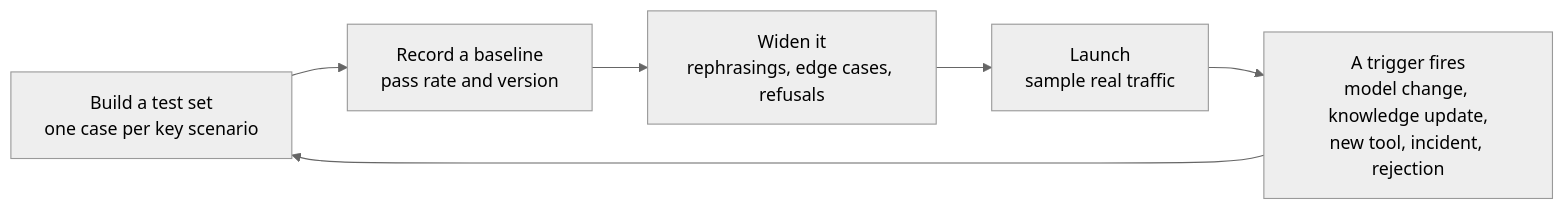
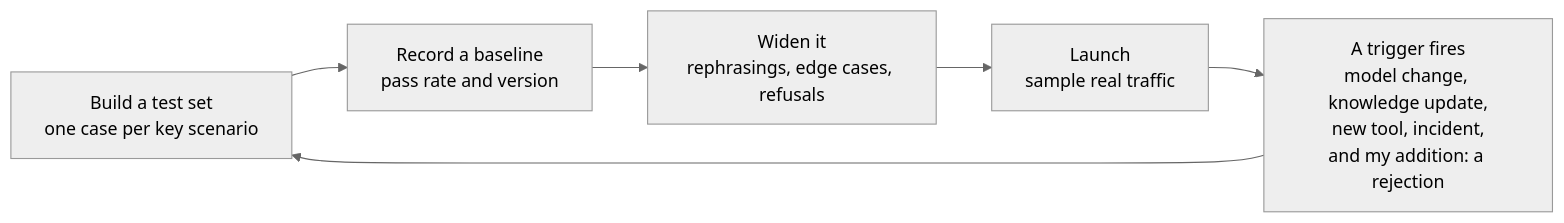
Before and after one commit to locchh/blogs: the fifth of 10 diagrams in src/content/blog/when_code_is_cheap.md, drawn with Mermaid (neutral theme). The commit also changed other lines of this file, not shown here.

Commit message:
Add shape-and-complexity question with reference architectures, explain and apply the questions to ODC, maintenance, fixed-bid, migration, and presales, and fix citations against sources

````diff
--- a/src/content/blog/when_code_is_cheap.md
+++ b/src/content/blog/when_code_is_cheap.md
@@ -291,8 +349,8 @@
 ```mermaid
 graph LR
     T["Build a test set<br/>one case per key scenario"] --> B["Record a baseline<br/>pass rate and version"]
     B --> W["Widen it<br/>rephrasings, edge cases, refusals"]
     W --> L["Launch<br/>sample real traffic"]
-    L --> E["A trigger fires<br/>model change, knowledge update,<br/>new tool, incident, rejection"]
+    L --> E["A trigger fires<br/>model change, knowledge update,<br/>new tool, incident,<br/>and my addition: a rejection"]
     E --> T
 ```
````
